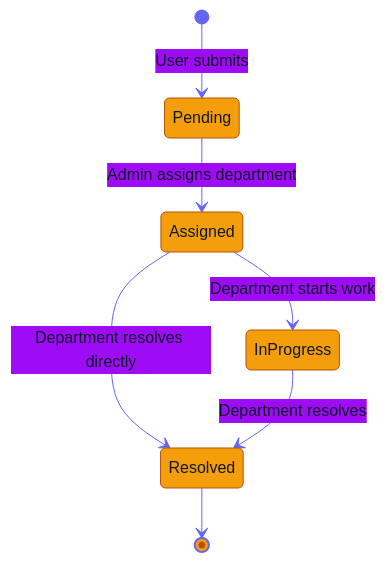
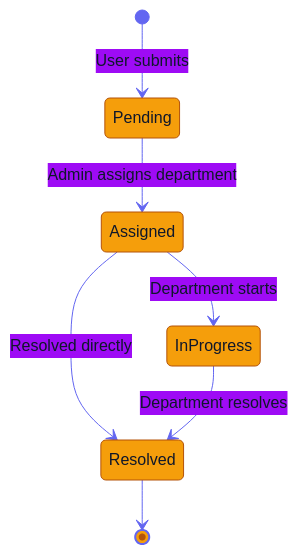
The third of 4 diagrams in README.md (jagratsati45/complaint_system_project), drawn with Mermaid before and after one commit. The commit also changed other lines of this file, not shown here.

````diff
--- a/README.md
+++ b/README.md
@@ -293,10 +272,10 @@
 ```mermaid
 %%{init: {'theme':'base','themeVariables':{'primaryColor':'#F59E0B','primaryTextColor':'#0F172A','primaryBorderColor':'#B45309','lineColor':'#6366F1'}}}%%
 stateDiagram-v2
   [*] --> Pending: User submits
   Pending --> Assigned: Admin assigns department
-  Assigned --> InProgress: Department starts work
-  Assigned --> Resolved: Department resolves directly
+  Assigned --> InProgress: Department starts
+  Assigned --> Resolved: Resolved directly
   InProgress --> Resolved: Department resolves
   Resolved --> [*]
 ```
````
